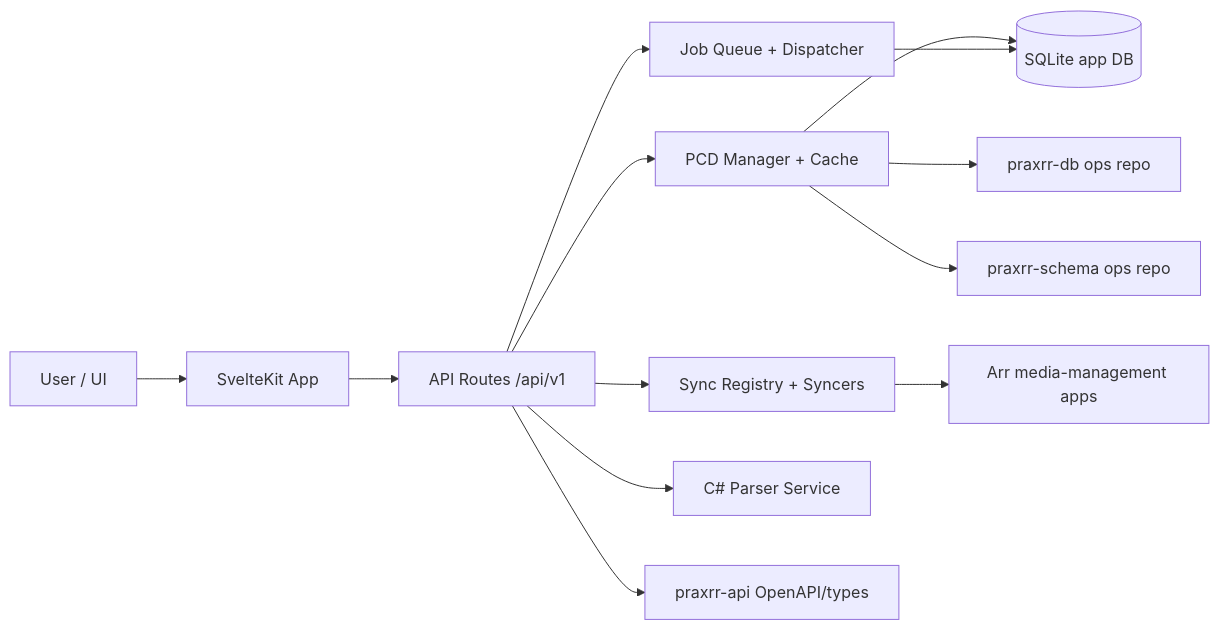
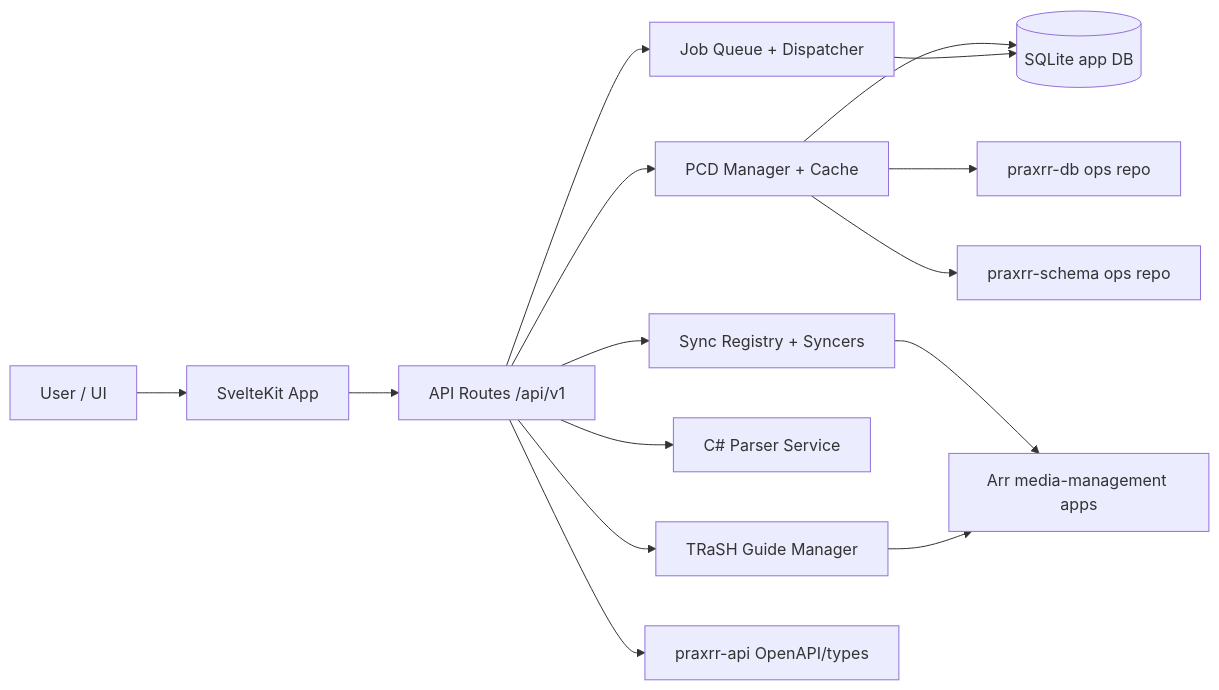
One commit to yandy-r/praxrr changed the diagram in docs/architecture/overview.md. Above: the diagram before and after it, drawn with Mermaid. The commit also changed other lines of this file and 4 other files, not shown here.

First line of the commit message:
Introduces TRaSH Guide Sync feature documentation

````diff
--- a/docs/architecture/overview.md
+++ b/docs/architecture/overview.md
@@ -9,15 +10,17 @@
 ```mermaid
 flowchart LR
     User[User / UI] --> App[SvelteKit App]
     App --> API[API Routes /api/v1]
     API --> PCD[PCD Manager + Cache]
     API --> Sync[Sync Registry + Syncers]
     API --> Jobs[Job Queue + Dispatcher]
     PCD --> SQLite[(SQLite app DB)]
     Jobs --> SQLite
     Sync --> Arr[Arr media-management apps]
     API --> Parser[C# Parser Service]
+    API --> TRaSH[TRaSH Guide Manager]
+    TRaSH --> Arr
     PCD --> DBPkg[praxrr-db ops repo]
     PCD --> SchemaPkg[praxrr-schema ops repo]
     API --> APIPkg[praxrr-api OpenAPI/types]
 ```
````
